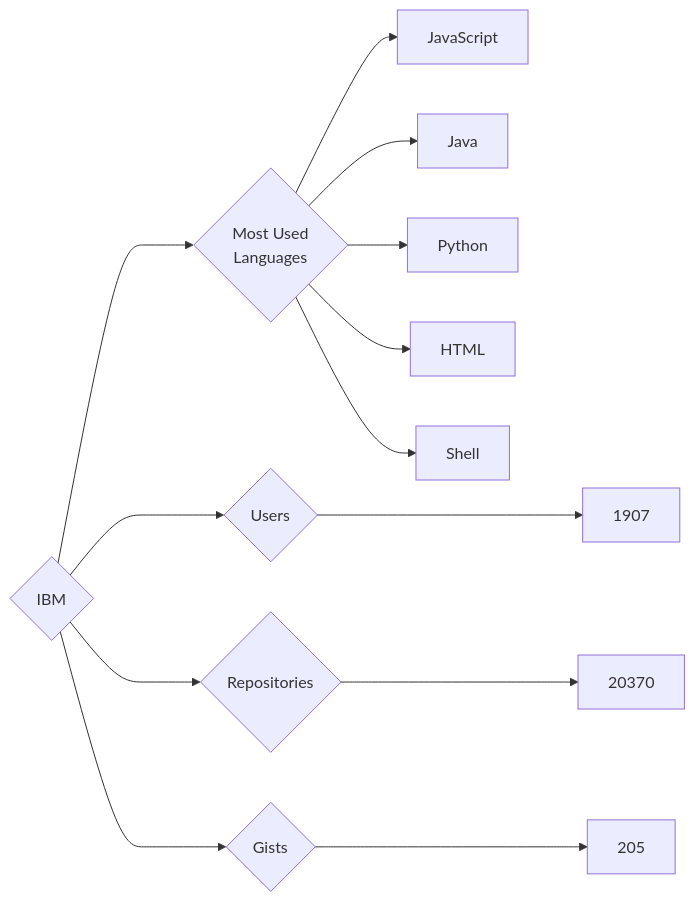
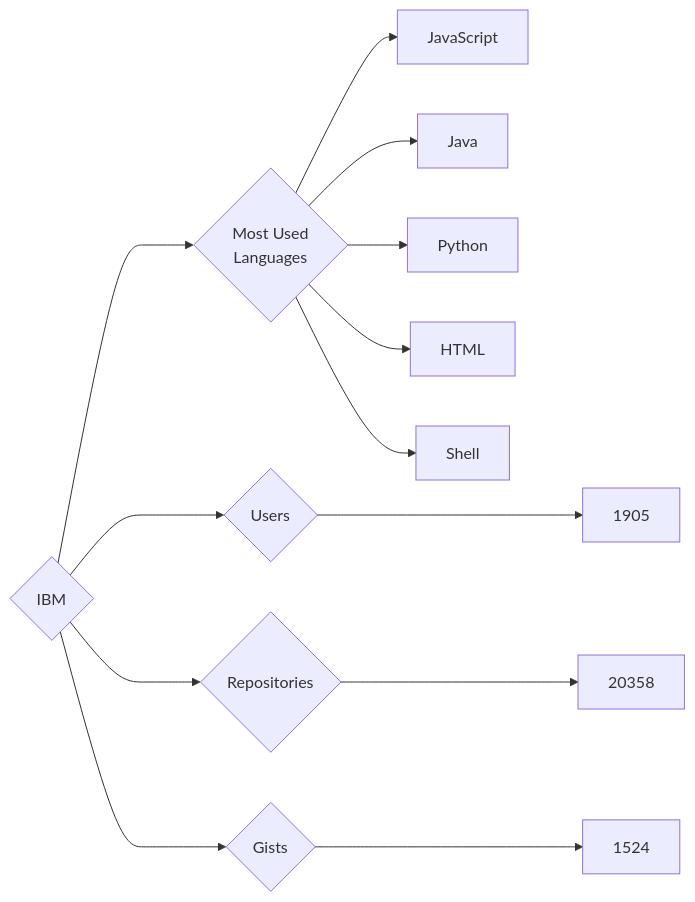
One commit to trickest/insiders changed the diagram in targets/IBM/README.md. Above: the diagram before and after it, drawn with Mermaid. The commit also changed 440 other files, not shown here.

````diff
--- a/targets/IBM/README.md
+++ b/targets/IBM/README.md
@@ -3,13 +3,13 @@
 ```mermaid
 graph LR
 COMPANY_NAME{IBM}
-COMPANY_NAME ---> U{Users} ---> UN[1907]
-COMPANY_NAME ---> R{Repositories} ---> RN[20370]
-COMPANY_NAME ---> G{Gists} ---> GN[205]
+COMPANY_NAME ---> U{Users} ---> UN[1905]
+COMPANY_NAME ---> R{Repositories} ---> RN[20358]
+COMPANY_NAME ---> G{Gists} ---> GN[1524]
 COMPANY_NAME ---> ML{Most Used<br>Languages}
 ML --> JavaScript[JavaScript]
 ML --> Java[Java]
 ML --> Python[Python]
 ML --> HTML[HTML]
 ML --> Shell[Shell]
 ```
````
